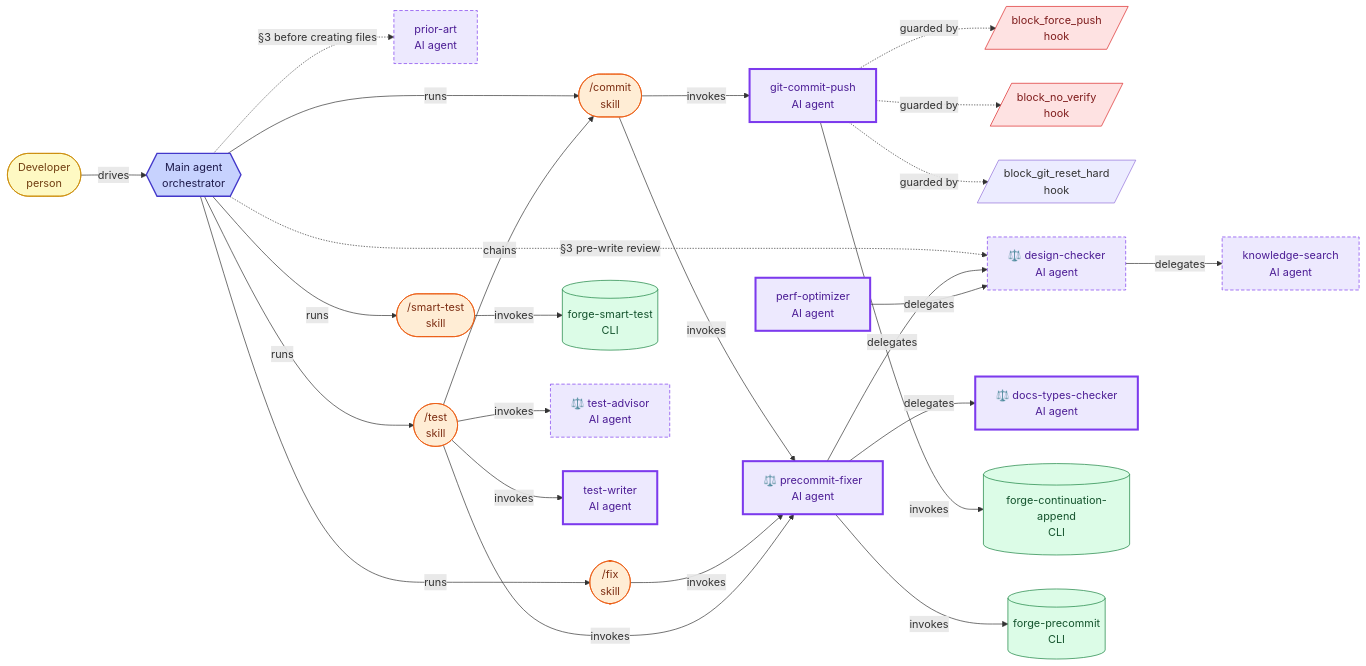
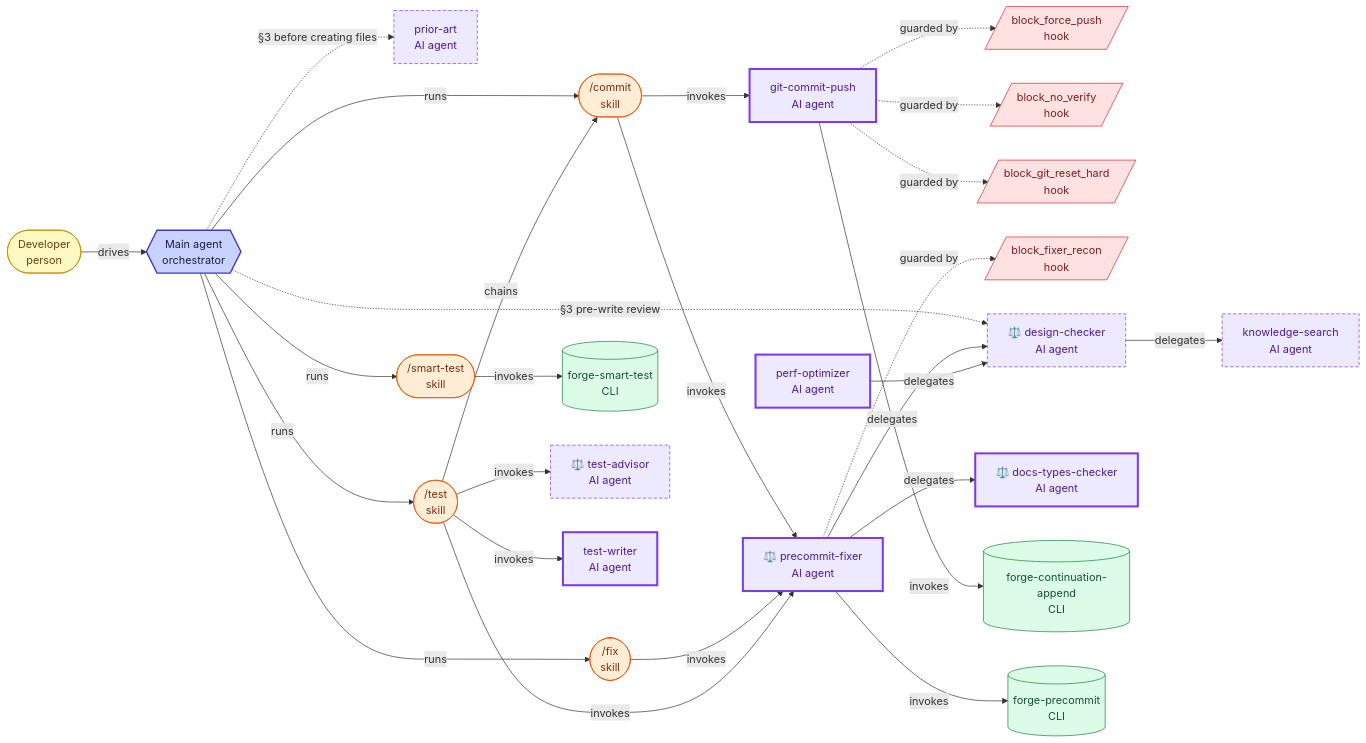
Before and after one commit to misnaej/forge: the second of 7 diagrams in docs/agent-architecture.md, drawn with Mermaid. The commit also changed 9 other files, not shown here.

```diff
--- a/docs/agent-architecture.md
+++ b/docs/agent-architecture.md
@@ -106,6 +106,7 @@
   hk_block_force_push[/"block_force_push<br/>hook"/]
   hk_block_no_verify[/"block_no_verify<br/>hook"/]
   hk_block_git_reset_hard[/"block_git_reset_hard<br/>hook"/]
+  hk_block_fixer_recon[/"block_fixer_recon<br/>hook"/]
   sk_commit(["/commit<br/>skill"])
   design_checker["⚖️ design-checker<br/>AI agent"]
   docs_types_checker["⚖️ docs-types-checker<br/>AI agent"]
@@ -145,10 +146,13 @@
   git_commit_push -.->|guarded by| hk_block_no_verify
   git_commit_push -.->|guarded by| hk_block_force_push
   git_commit_push -.->|guarded by| hk_block_git_reset_hard
+  precommit_fixer -.->|guarded by| hk_block_fixer_recon
   class human person
   class main_agent orchestrator
   class hk_block_force_push hook
   class hk_block_no_verify hook
+  class hk_block_git_reset_hard hook
+  class hk_block_fixer_recon hook
   class sk_commit skill
   class design_checker agent
   class design_checker reporter
```
